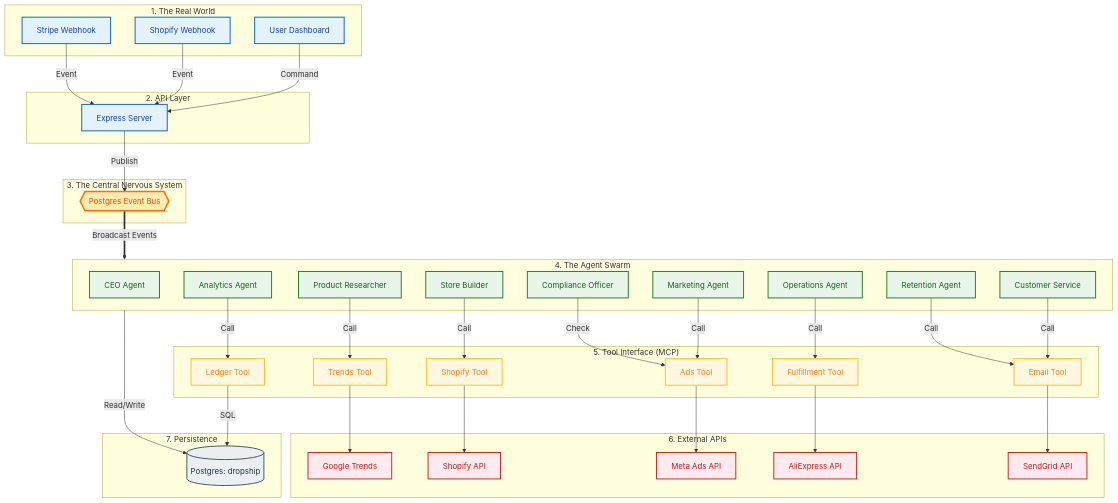
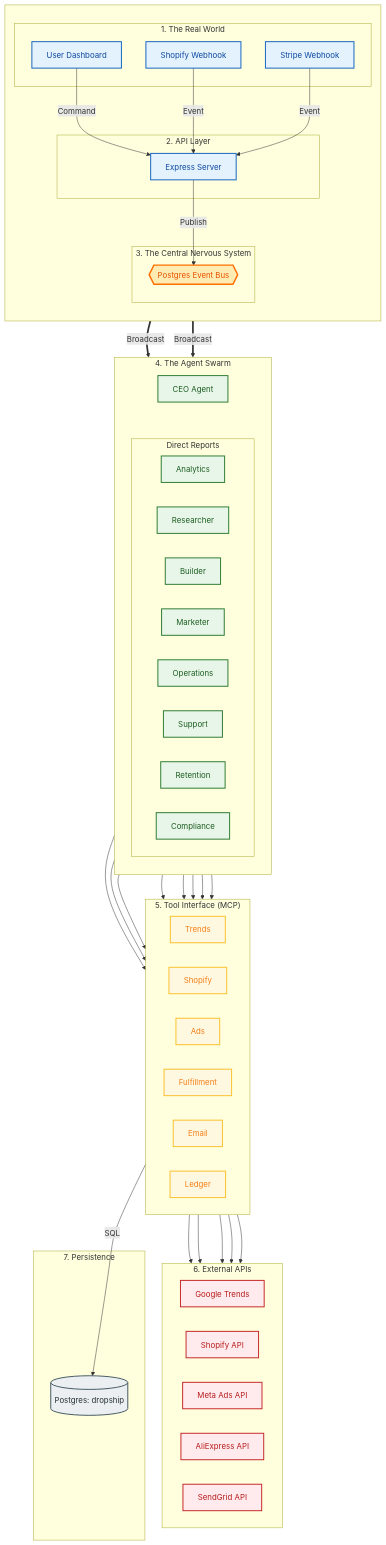
The second of 2 diagrams in Documentation/Reference/ENVIRONMENT_SIMULATION_V_LIVE.md (andylelli/ds1), drawn with Mermaid before and after one commit.

````diff
--- a/Documentation/Reference/ENVIRONMENT_SIMULATION_V_LIVE.md
+++ b/Documentation/Reference/ENVIRONMENT_SIMULATION_V_LIVE.md
@@ -132,42 +132,56 @@
   classDef external fill:#ffebee,stroke:#c62828,stroke-width:2px,color:#b71c1c;
   classDef db fill:#eceff1,stroke:#455a64,stroke-width:2px,color:#263238;
 
-  subgraph Triggers ["1. The Real World"]
-    User[User Dashboard]:::trigger
-    ShopHook[Shopify Webhook]:::trigger
-    StripeHook[Stripe Webhook]:::trigger
+  %% --- TOP SECTION: CENTRAL CONTROL ---
+  subgraph Head [" "]
+    direction TB
+    
+    subgraph Triggers ["1. The Real World"]
+      User[User Dashboard]:::trigger
+      ShopHook[Shopify Webhook]:::trigger
+      StripeHook[Stripe Webhook]:::trigger
+    end
+
+    subgraph Ingress ["2. API Layer"]
+      Express[Express Server]:::trigger
+    end
+
+    subgraph Central ["3. The Central Nervous System"]
+      Bus{{Postgres Event Bus}}:::hub
+    end
   end
 
-  subgraph Ingress ["2. API Layer"]
-    Express[Express Server]:::trigger
+  %% --- MIDDLE SECTION: THE WORKFORCE ---
+  subgraph Swarm ["4. The Agent Swarm"]
+    direction TB
+    CEO[CEO Agent]:::agent
+    
+    subgraph Team ["Direct Reports"]
+      direction LR
+      Analytics[Analytics]:::agent
+      Researcher[Researcher]:::agent
+      Builder[Builder]:::agent
+      Marketer[Marketer]:::agent
+      Ops[Operations]:::agent
+      CS[Support]:::agent
+      Retention[Retention]:::agent
+      Compliance[Compliance]:::agent
+    end
   end
 
-  subgraph Central ["3. The Central Nervous System"]
-    Bus{{Postgres Event Bus}}:::hub
-  end
-
-  subgraph Swarm ["4. The Agent Swarm"]
-    CEO[CEO Agent]:::agent
-    Analytics[Analytics Agent]:::agent
-    Researcher[Product Researcher]:::agent
-    Builder[Store Builder]:::agent
-    Marketer[Marketing Agent]:::agent
-    Ops[Operations Agent]:::agent
-    CS[Customer Service]:::agent
-    Retention[Retention Agent]:::agent
-    Compliance[Compliance Officer]:::agent
-  end
-
+  %% --- BOTTOM SECTION: TOOLS & DATA ---
   subgraph MCP ["5. Tool Interface (MCP)"]
-    TrendsTool[Trends Tool]:::mcp
-    ShopTool[Shopify Tool]:::mcp
-    AdsTool[Ads Tool]:::mcp
-    FulfillTool[Fulfillment Tool]:::mcp
-    EmailTool[Email Tool]:::mcp
-    LedgerTool[Ledger Tool]:::mcp
+    direction LR
+    TrendsTool[Trends]:::mcp
+    ShopTool[Shopify]:::mcp
+    AdsTool[Ads]:::mcp
+    FulfillTool[Fulfillment]:::mcp
+    EmailTool[Email]:::mcp
+    LedgerTool[Ledger]:::mcp
   end
 
   subgraph External ["6. External APIs"]
+    direction LR
     Google[Google Trends]:::external
     Shopify[Shopify API]:::external
     Meta[Meta Ads API]:::external
@@ -184,17 +198,21 @@
   ShopHook -->|Event| Express
   StripeHook -->|Event| Express
   Express -->|Publish| Bus
-  Bus ==>|Broadcast Events| Swarm
+  Bus ==>|Broadcast| CEO
+  Bus ==>|Broadcast| Team
+
+  %% Org Chart Visuals
+  CEO ~~~ Team
 
   %% Agent -> Tool Connections
-  Researcher -->|Call| TrendsTool
-  Builder -->|Call| ShopTool
-  Marketer -->|Call| AdsTool
-  Ops -->|Call| FulfillTool
-  CS -->|Call| EmailTool
-  Retention -->|Call| EmailTool
-  Analytics -->|Call| LedgerTool
-  Compliance -->|Check| AdsTool
+  Researcher --> TrendsTool
+  Builder --> ShopTool
+  Marketer --> AdsTool
+  Ops --> FulfillTool
+  CS --> EmailTool
+  Retention --> EmailTool
+  Analytics --> LedgerTool
+  Compliance --> AdsTool
 
   %% Tool -> External Connections
   TrendsTool --> Google
@@ -204,6 +222,6 @@
   EmailTool --> SendGrid
   
   %% Data
-  Swarm -->|Read/Write| DB
+  CEO ~~~ DB
   LedgerTool -->|SQL| DB
 ```
````
